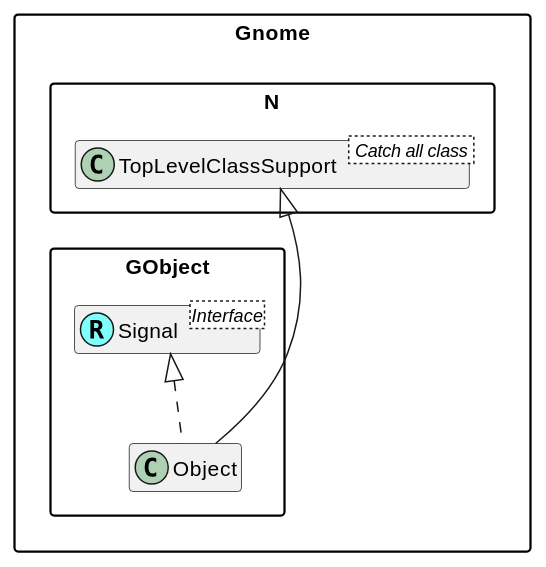
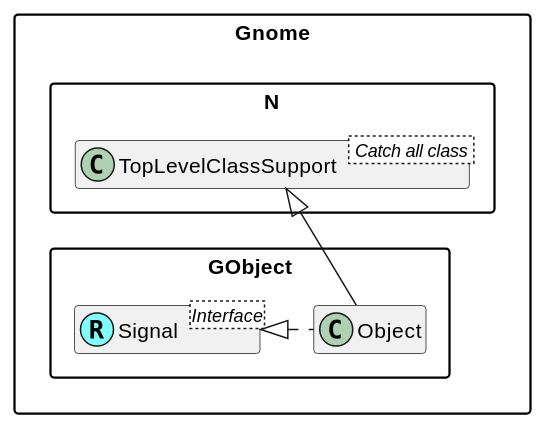
The diagram in doc/plantuml/Object.md (MARTIMM/gnome-gtk3), drawn with PlantUML before and after one commit. The commit also changed 4 other files, not shown here.

Commit message:
uml diagrams

````diff
--- a/doc/plantuml/Object.md
+++ b/doc/plantuml/Object.md
@@ -1,21 +1,20 @@
 ```plantuml
 @startuml
-'scale 0.9
+
 skinparam packageStyle rectangle
 skinparam stereotypeCBackgroundColor #80ffff
 set namespaceSeparator ::
 hide members
 
 'Class and interface decorations
 class Gnome::N::TopLevelClassSupport < Catch all class >
 
 Interface Gnome::GObject::Signal <Interface>
 class Gnome::GObject::Signal <<(R,#80ffff)>>
 
 'Class connections
-Gnome::N::TopLevelClassSupport <|--- Gnome::GObject::Object
-'Gnome::GObject::Object <|-- Gnome::GObject::InitialyUnowned
-Gnome::GObject::Signal <|.. Gnome::GObject::Object
+Gnome::N::TopLevelClassSupport <|-- Gnome::GObject::Object
+Gnome::GObject::Signal <|. Gnome::GObject::Object
 
 @enduml
 ```
````
